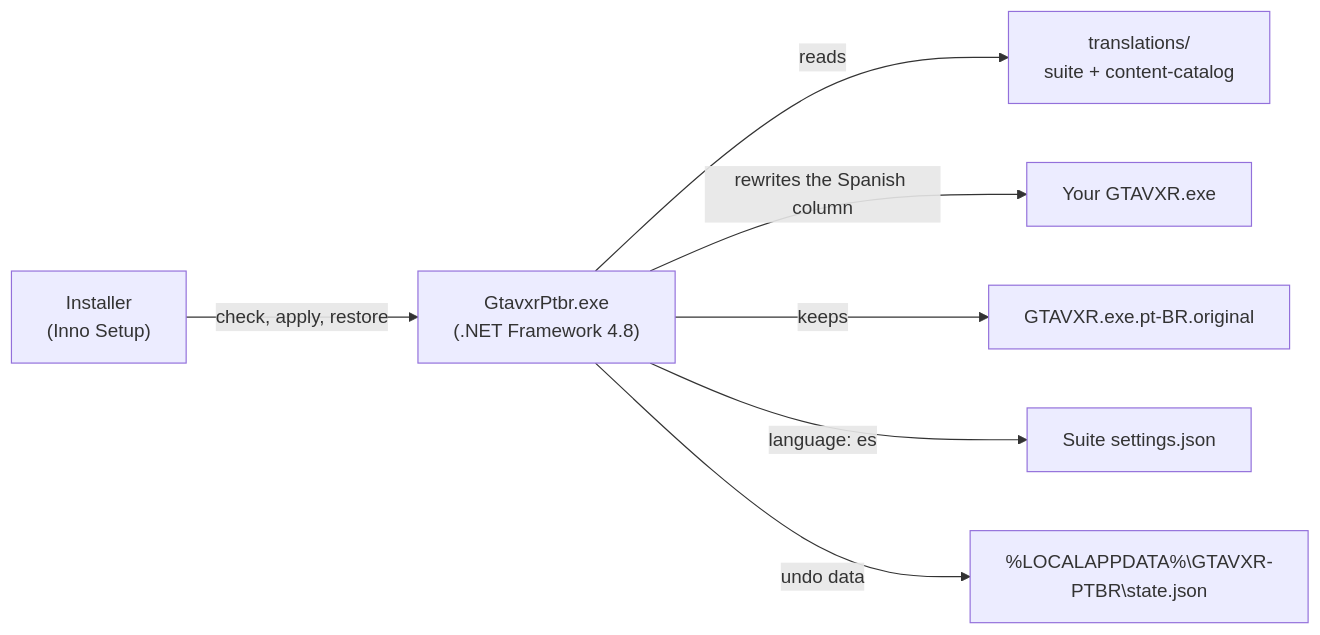
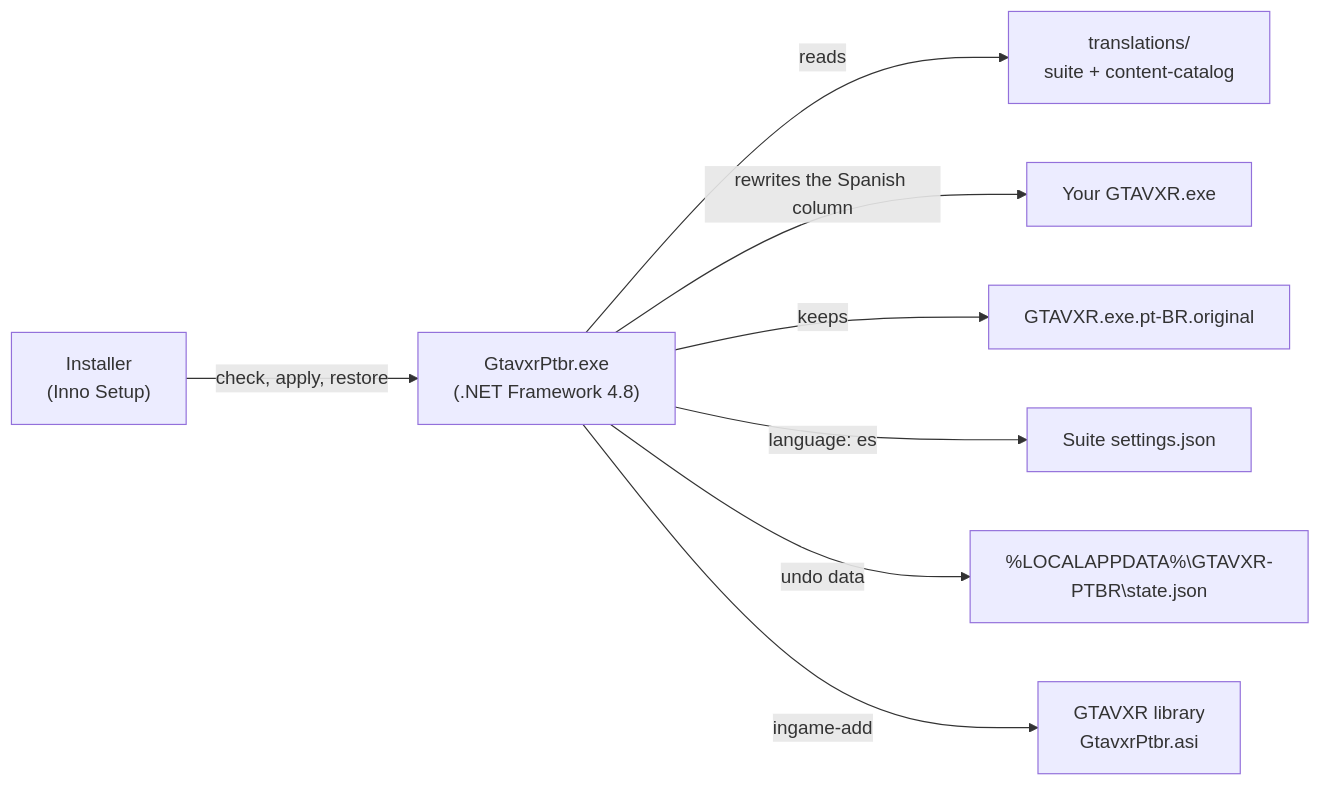
Before and after one commit to scarletmodder/gtavxr-ptbr: the first of 2 diagrams in docs/architecture.md, drawn with Mermaid. The commit also changed other lines of this file and 24 other files, not shown here.

````diff
--- a/docs/architecture.md
+++ b/docs/architecture.md
@@ -9,9 +9,10 @@
 ```mermaid
 flowchart LR
     setup["Installer<br/>(Inno Setup)"] -->|check, apply, restore| tool["GtavxrPtbr.exe<br/>(.NET Framework 4.8)"]
     tool -->|reads| tr["translations/<br/>suite + content-catalog"]
     tool -->|rewrites the Spanish column| suite["Your GTAVXR.exe"]
     tool -->|keeps| orig["GTAVXR.exe.pt-BR.original"]
     tool -->|"language: es"| settings["Suite settings.json"]
     tool -->|undo data| state["%LOCALAPPDATA%\GTAVXR-PTBR\state.json"]
+    tool -->|ingame-add| lib["GTAVXR library<br/>GtavxrPtbr.asi"]
 ```
````
